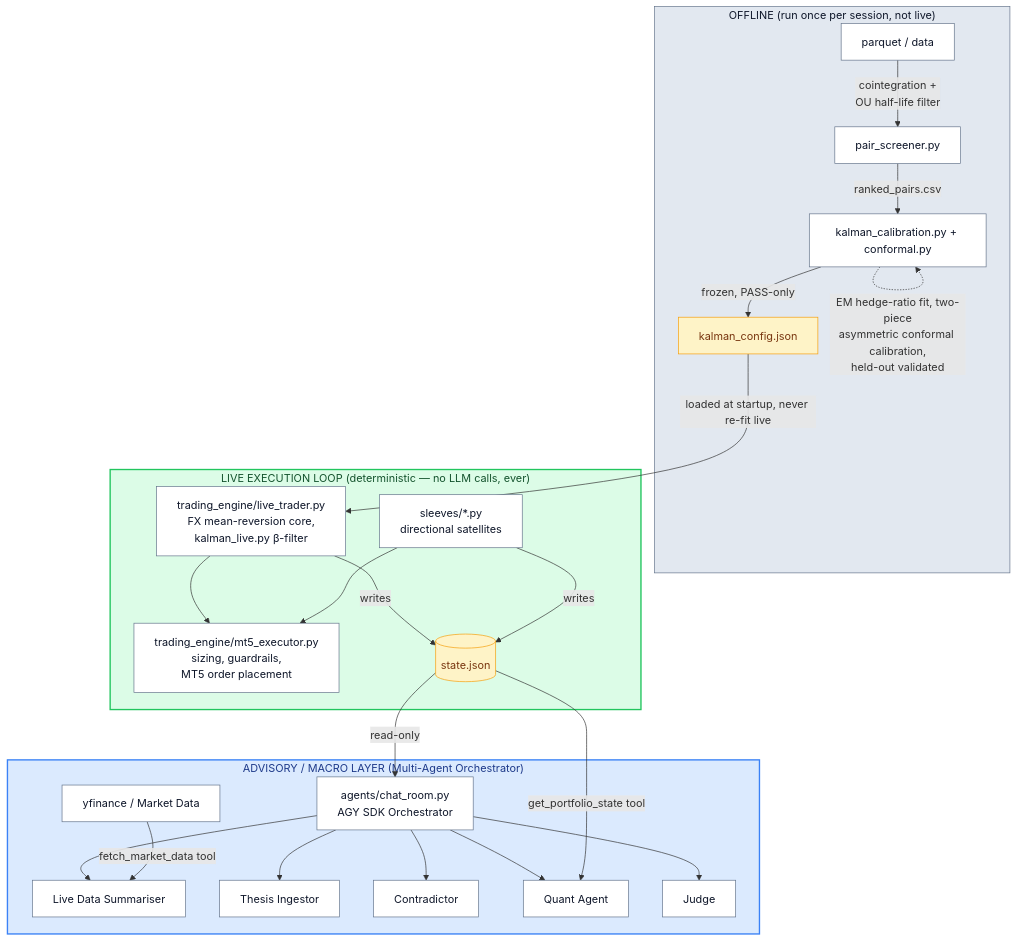
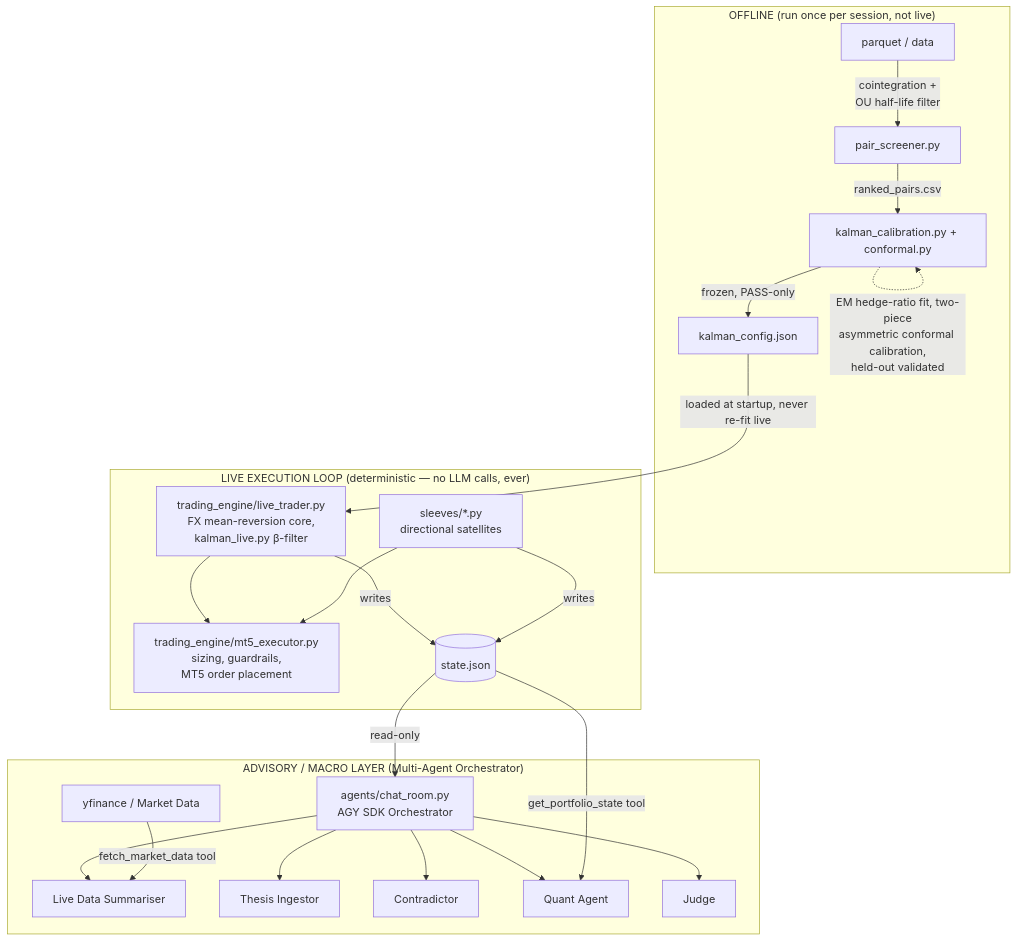
Before and after one commit to timotheemaurin2005/model-to-market-quant-hack: the diagram in README.md, drawn with Mermaid.

Commit message:
docs: Remove custom Mermaid colors for native dark mode support

````diff
--- a/README.md
+++ b/README.md
@@ -31,48 +31,37 @@
 ```mermaid
 flowchart TD
     subgraph Offline["OFFLINE (run once per session, not live)"]
         A1[parquet / data] -->|cointegration +\nOU half-life filter| A2[pair_screener.py]
         A2 -->|ranked_pairs.csv| A3[kalman_calibration.py + conformal.py]
         A3 -.->|EM hedge-ratio fit, two-piece\nasymmetric conformal calibration,\nheld-out validated| A3
         A3 -->|frozen, PASS-only| A4[kalman_config.json]
     end
 
     A4 -->|loaded at startup, never re-fit live| B1
 
     subgraph LiveLoop["LIVE EXECUTION LOOP (deterministic — no LLM calls, ever)"]
         B1[trading_engine/live_trader.py\nFX mean-reversion core,\nkalman_live.py β-filter]
         B2[sleeves/*.py\ndirectional satellites]
         
         B1 --> B3[trading_engine/mt5_executor.py\nsizing, guardrails,\nMT5 order placement]
         B2 --> B3
         
         B1 -->|writes| B4[(state.json)]
         B2 -->|writes| B4
     end
 
     B4 -->|read-only| C1
 
     subgraph Advisory["ADVISORY / MACRO LAYER (Multi-Agent Orchestrator)"]
         C1[agents/chat_room.py\nAGY SDK Orchestrator] 
         
         C1 --> S1[Live Data Summariser]
         C1 --> S2[Thesis Ingestor]
         C1 --> S3[Contradictor]
         C1 --> S4[Quant Agent]
         C1 --> S5[Judge]
         
         C2[yfinance / Market Data] -->|fetch_market_data tool| S1
         B4 -->|get_portfolio_state tool| S4
     end
-
-    classDef default fill:#ffffff,stroke:#64748b,stroke-width:1px,color:#0f172a
-    classDef offline fill:#e2e8f0,stroke:#64748b,stroke-width:1px,color:#0f172a
-    classDef live fill:#dcfce7,stroke:#22c55e,stroke-width:2px,color:#14532d
-    classDef advisory fill:#dbeafe,stroke:#3b82f6,stroke-width:2px,color:#1e3a8a
-    classDef data fill:#fef3c7,stroke:#f59e0b,stroke-width:1px,color:#78350f
-
-    class Offline offline
-    class LiveLoop live
-    class Advisory advisory
-    class A4,B4 data
 ```
````
